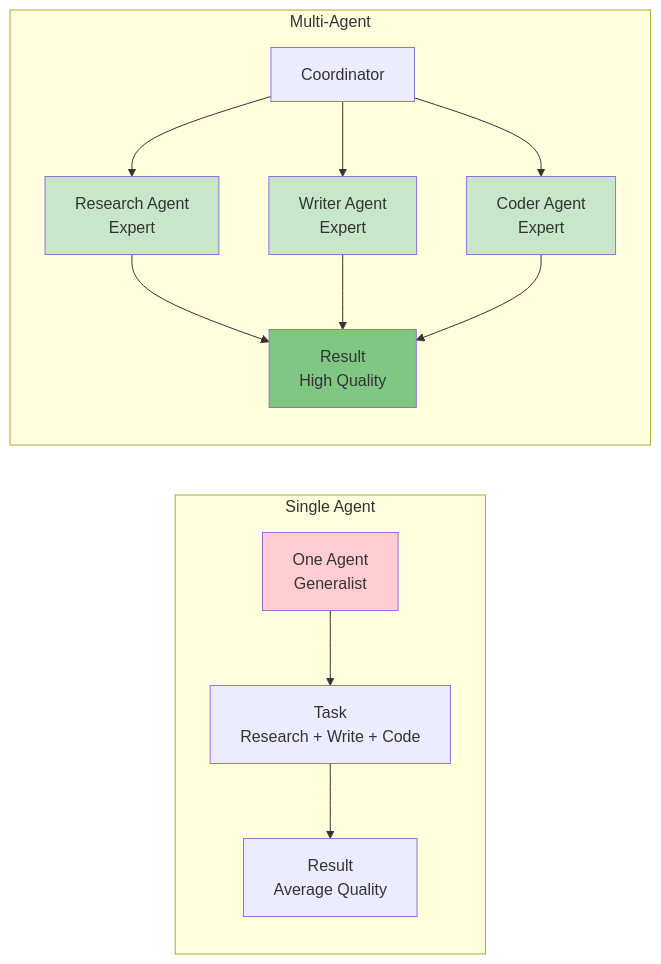
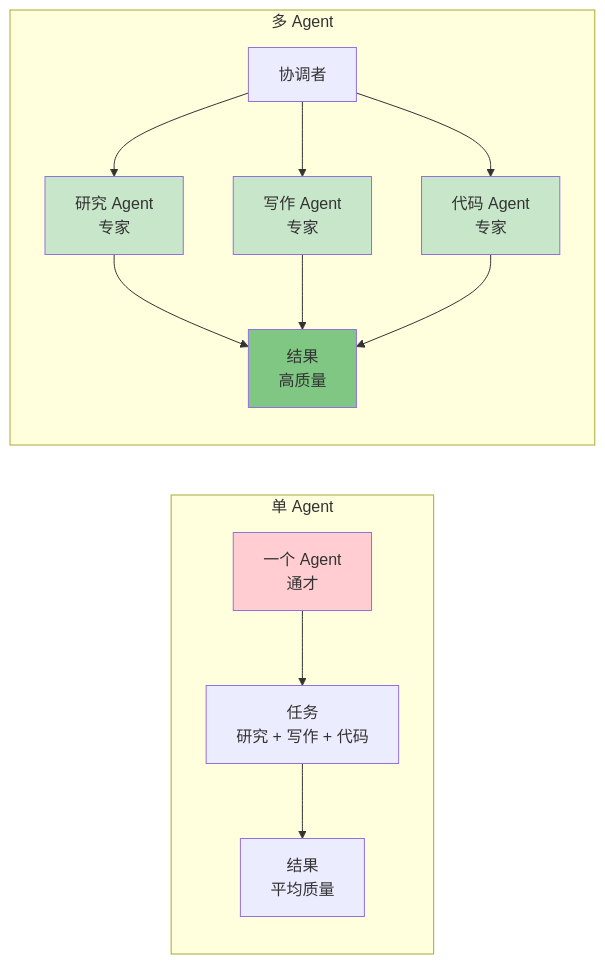
Before and after one commit to YiWang24/AiDIY: the fifth of 20 diagrams in i18n/zh-Hans/docusaurus-plugin-content-docs/current/ai/agents/design-patterns.mdx, drawn with Mermaid. The commit also changed other lines of this file and 59 other files, not shown here.

````diff
--- a/i18n/zh-Hans/docusaurus-plugin-content-docs/current/ai/agents/design-patterns.mdx
+++ b/i18n/zh-Hans/docusaurus-plugin-content-docs/current/ai/agents/design-patterns.mdx
@@ -226,24 +226,24 @@
 ```mermaid
 flowchart LR
-    subgraph Single["Single Agent"]
-        SA[One Agent<br/>Generalist]
-        SA --> ST[Task<br/>Research + Write + Code]
-        ST --> SR[Result<br/>Average Quality]
+    subgraph Single["单 Agent"]
+        SA[一个 Agent<br/>通才]
+        SA --> ST[任务<br/>研究 + 写作 + 代码]
+        ST --> SR[结果<br/>平均质量]
     end
 
-    subgraph Multi["Multi-Agent"]
-        MA[Coordinator]
-        MA --> R[Research Agent<br/>Expert]
-        MA --> W[Writer Agent<br/>Expert]
-        MA --> C[Coder Agent<br/>Expert]
-        R --> MT[Result<br/>High Quality]
+    subgraph Multi["多 Agent"]
+        MA[协调者]
+        MA --> R[研究 Agent<br/>专家]
+        MA --> W[写作 Agent<br/>专家]
+        MA --> C[代码 Agent<br/>专家]
+        R --> MT[结果<br/>高质量]
         W --> MT
         C --> MT
     end
 
     style SA fill:#ffcdd2
     style R fill:#c8e6c9
     style W fill:#c8e6c9
     style C fill:#c8e6c9
     style MT fill:#81c784
 ```
````
